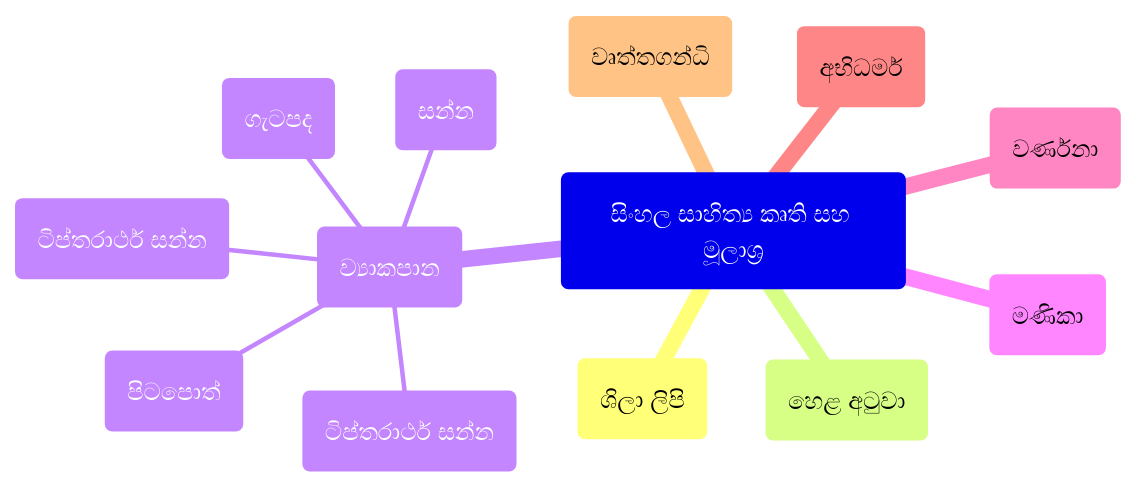
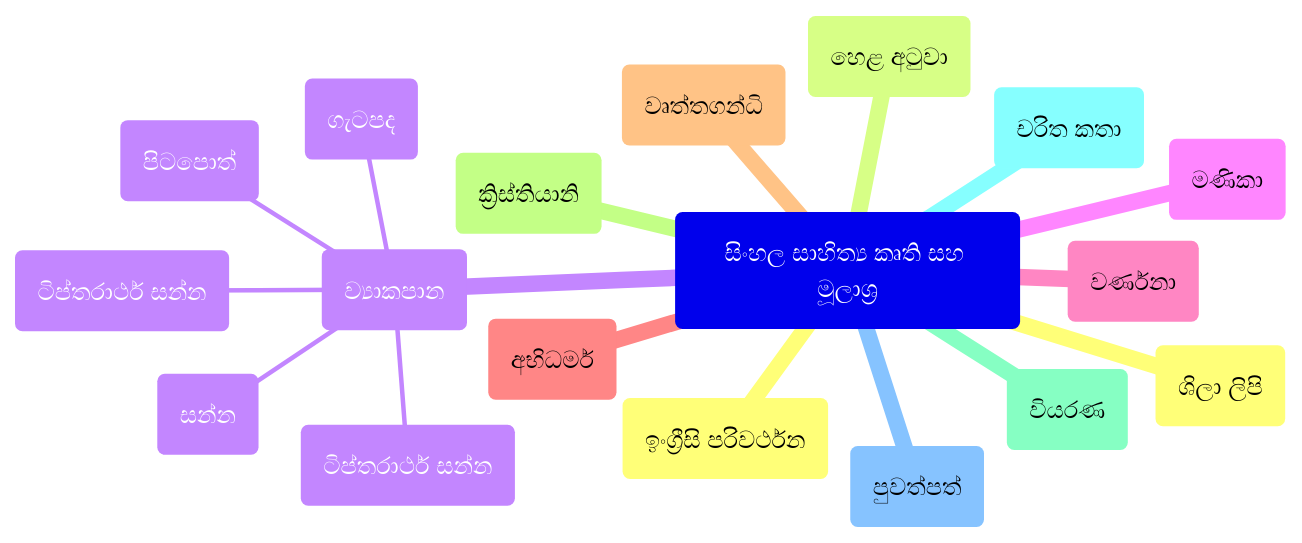
One commit to vanniurumaya/SinhalaLiterature changed the diagram in README.md. Above: the diagram before and after it, drawn with Mermaid.

````diff
--- a/README.md
+++ b/README.md
@@ -3,16 +3,21 @@
 ```mermaid
 mindmap
     A(සිංහල සාහිත්‍ය කෘති සහ මූලාශ්‍ර)
         B(ශිලා ලිපි)
         C(හෙළ අටුවා)
         D(ව්‍යාකපාන)
             E(ගැටපද)
             F(පිටපොත්)
             H(ටිප්තරාර්ථ සන්න)
             H(ටිප්තරාර්ථ සන්න)
             I(සන්න)
         G(මණිකා)
         J(වර්ණනා)
         K(අභිධර්ම)
-        LL(වෘත්තගන්ධි)
+        L(වෘත්තගන්ධි)
+        M(ක්‍රිස්තියානි)
+        N(වියරණ)
+        O(චරිත කතා)
+        P(පුවත්පත්)
+        Q(ඉංග්‍රීසි පරිවර්ථන)
 ```
````
